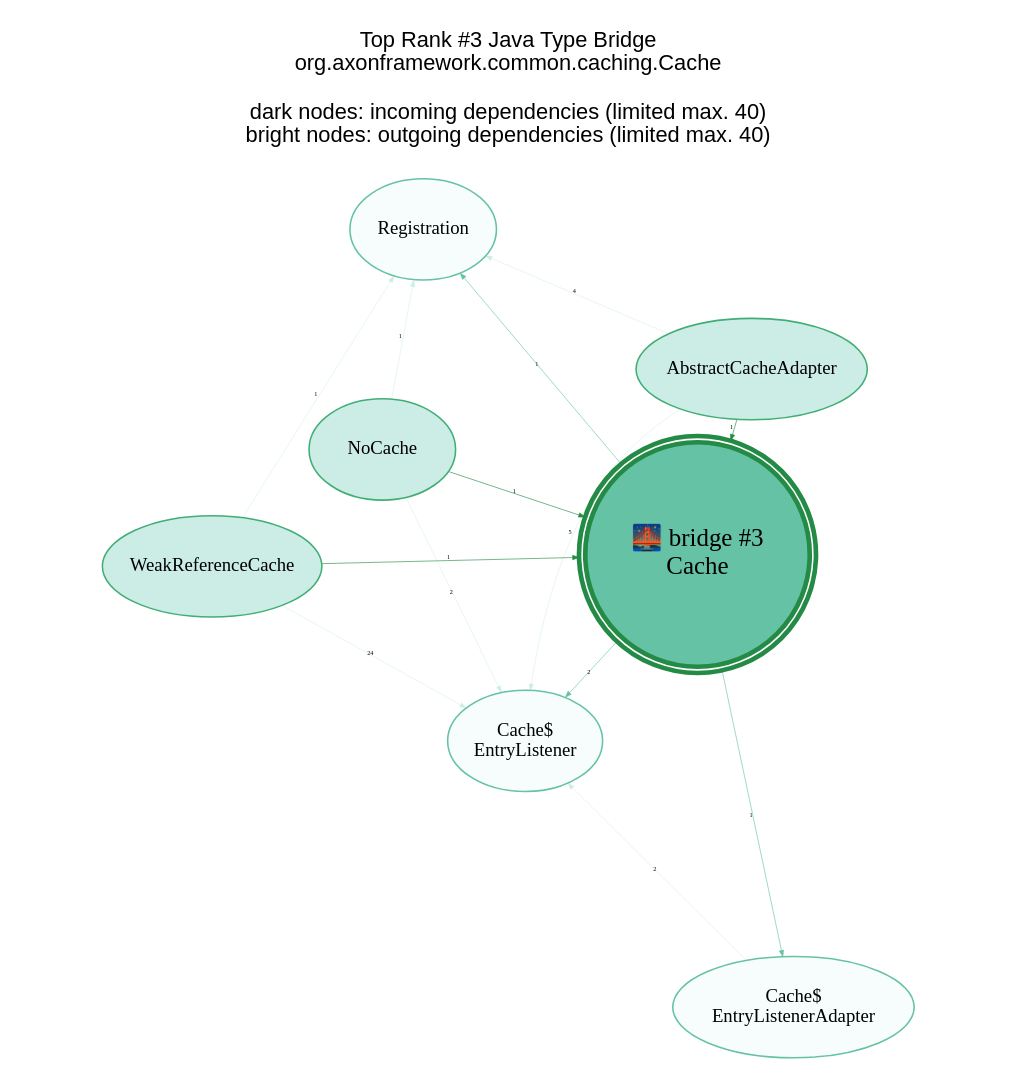
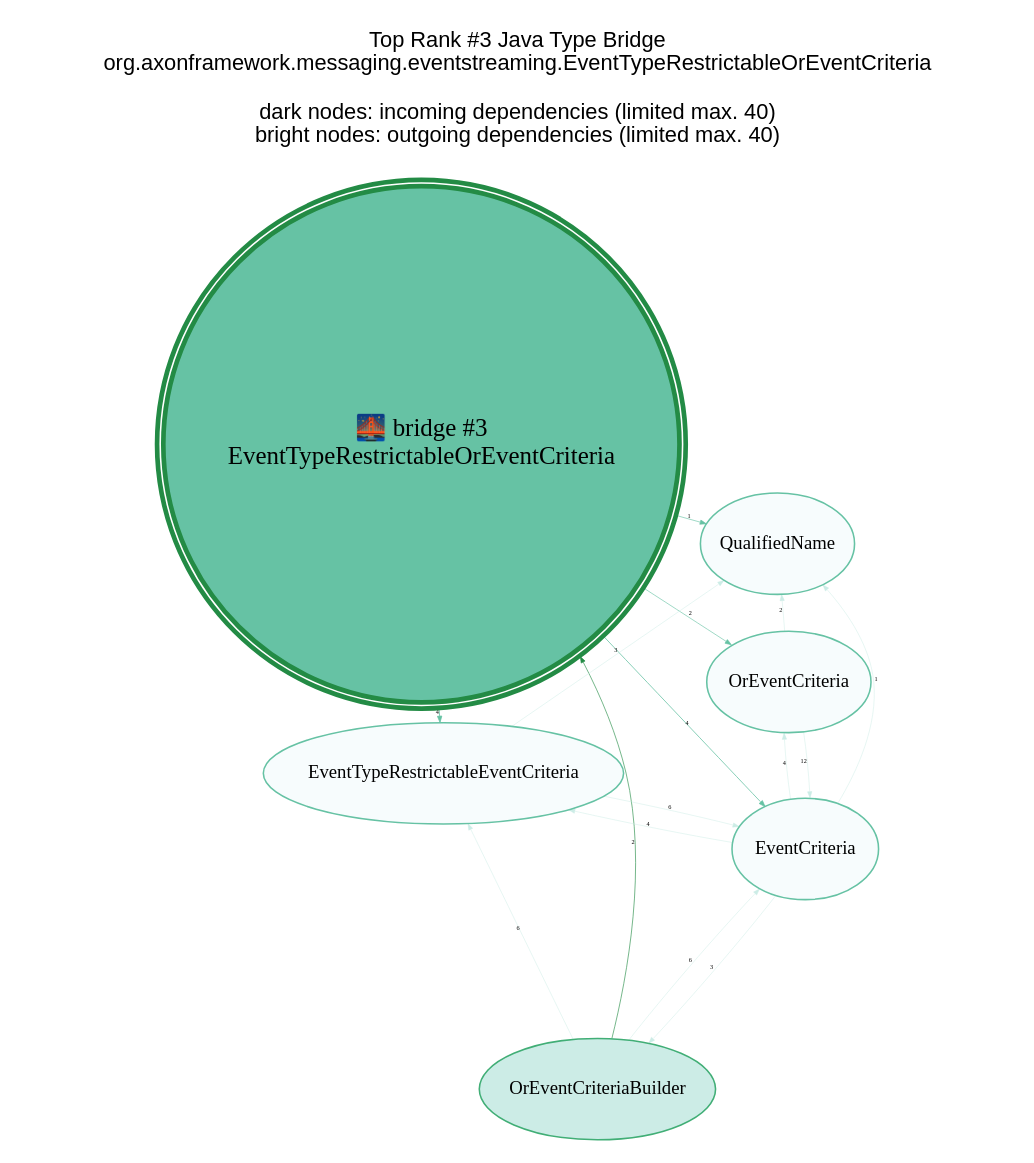
The diagram in analysis-results/AxonFramework/latest/anomaly-detection/Java_Type/GraphVisualizations/graphviz/TopBridge3.gv (JohT/code-graph-analysis-examples), drawn with Graphviz before and after one commit. The commit also changed 517 other files, not shown here.

```diff
--- a/analysis-results/AxonFramework/latest/anomaly-detection/Java_Type/GraphVisualizations/graphviz/TopBridge3.gv
+++ b/analysis-results/AxonFramework/latest/anomaly-detection/Java_Type/GraphVisualizations/graphviz/TopBridge3.gv
@@ -1,30 +1,32 @@
 // This GraphViz dot file was generated by the script convertQueryResultCsvToGraphVizDotFile.sh with TopCentral.template
 
 strict digraph TopBridge3 {
     graph [layout = "fdp"; start = "7"; splines = "spline"; pad = "0.8,0.1"; outputorder = "edgesfirst";];
     graph [fontname = "Helvetica,Arial,sans-serif"; labelloc = "t";];
     node [colorscheme = "bugn9"; color = 6; fillcolor = 3;];
     edge [colorscheme = "bugn9"; color = 7;];
     node [fontsize = 12; style = "filled"; margin = "0.03,0.03"; width="1.3"; height="0.9";];
     edge [fontsize = 4; arrowsize = "0.4";];
 
     central [shape = "doublecircle"; height = "2.0"; margin = "0.000001,0.000001";];
     central [fontsize = 16;];
     central [color = 7; fillcolor = 5; penwidth = 3;];
 
-	graph   [label="Top Rank #3 Java Type Bridge\norg.axonframework.common.caching.Cache\n\ndark nodes: incoming dependencies (limited max. 40)\nbright nodes: outgoing dependencies (limited max. 40)\n\n"];
-	central [label="🌉 bridge #3\nCache"];
-	"AbstractCacheAdapter_34474" [label = "AbstractCacheAdapter"; ]; "AbstractCacheAdapter_34474" -> central [label=1; weight=1; penwidth=0.4];
-	"NoCache_34491" [label = "NoCache"; ]; "NoCache_34491" -> central [label=1; weight=1; penwidth=0.4];
-	"WeakReferenceCache_34489" [label = "WeakReferenceCache"; ]; "WeakReferenceCache_34489" -> central [label=1; weight=1; penwidth=0.4];
-	"Cache$EntryListener_34497" [label = "Cache$\nEntryListener"; color = 5; fillcolor = 1; ]; central -> "Cache$EntryListener_34497" [label=2; weight=2; penwidth=0.4; color = 5];
-	"Cache$EntryListenerAdapter_34484" [label = "Cache$\nEntryListenerAdapter"; color = 5; fillcolor = 1; ]; central -> "Cache$EntryListenerAdapter_34484" [label=1; weight=1; penwidth=0.4; color = 5];
-	"Registration_34496" [label = "Registration"; color = 5; fillcolor = 1; ]; central -> "Registration_34496" [label=1; weight=1; penwidth=0.4; color = 5];
-	"WeakReferenceCache_34489" -> "Cache$EntryListener_34497" [label=24; weight=24; penwidth=0.3; color = 3]
-	"AbstractCacheAdapter_34474" -> "Cache$EntryListener_34497" [label=5; weight=5; penwidth=0.3; color = 3]
-	"AbstractCacheAdapter_34474" -> "Registration_34496" [label=4; weight=4; penwidth=0.3; color = 3]
-	"Cache$EntryListenerAdapter_34484" -> "Cache$EntryListener_34497" [label=2; weight=2; penwidth=0.3; color = 3]
-	"NoCache_34491" -> "Cache$EntryListener_34497" [label=2; weight=2; penwidth=0.3; color = 3]
-	"NoCache_34491" -> "Registration_34496" [label=1; weight=1; penwidth=0.3; color = 3]
-	"WeakReferenceCache_34489" -> "Registration_34496" [label=1; weight=1; penwidth=0.3; color = 3]
+	graph   [label="Top Rank #3 Java Type Bridge\norg.axonframework.messaging.eventstreaming.EventTypeRestrictableOrEventCriteria\n\ndark nodes: incoming dependencies (limited max. 40)\nbright nodes: outgoing dependencies (limited max. 40)\n\n"];
+	central [label="🌉 bridge #3\nEventTypeRestrictableOrEventCriteria"];
+	"OrEventCriteriaBuilder_15739" [label = "OrEventCriteriaBuilder"; ]; "OrEventCriteriaBuilder_15739" -> central [label=2; weight=2; penwidth=0.4];
+	"EventCriteria_11787" [label = "EventCriteria"; color = 5; fillcolor = 1; ]; central -> "EventCriteria_11787" [label=4; weight=4; penwidth=0.5; color = 5];
+	"EventTypeRestrictableEventCriteria_11796" [label = "EventTypeRestrictableEventCriteria"; color = 5; fillcolor = 1; ]; central -> "EventTypeRestrictableEventCriteria_11796" [label=4; weight=4; penwidth=0.5; color = 5];
+	"OrEventCriteria_15675" [label = "OrEventCriteria"; color = 5; fillcolor = 1; ]; central -> "OrEventCriteria_15675" [label=2; weight=2; penwidth=0.4; color = 5];
+	"QualifiedName_8210" [label = "QualifiedName"; color = 5; fillcolor = 1; ]; central -> "QualifiedName_8210" [label=1; weight=1; penwidth=0.4; color = 5];
+	"OrEventCriteria_15675" -> "EventCriteria_11787" [label=12; weight=12; penwidth=0.3; color = 3]
+	"EventTypeRestrictableEventCriteria_11796" -> "EventCriteria_11787" [label=6; weight=6; penwidth=0.3; color = 3]
+	"OrEventCriteriaBuilder_15739" -> "EventTypeRestrictableEventCriteria_11796" [label=6; weight=6; penwidth=0.3; color = 3]
+	"OrEventCriteriaBuilder_15739" -> "EventCriteria_11787" [label=6; weight=6; penwidth=0.3; color = 3]
+	"EventCriteria_11787" -> "EventTypeRestrictableEventCriteria_11796" [label=4; weight=4; penwidth=0.3; color = 3]
+	"EventCriteria_11787" -> "OrEventCriteria_15675" [label=4; weight=4; penwidth=0.3; color = 3]
+	"EventCriteria_11787" -> "OrEventCriteriaBuilder_15739" [label=3; weight=3; penwidth=0.3; color = 3]
+	"EventTypeRestrictableEventCriteria_11796" -> "QualifiedName_8210" [label=3; weight=3; penwidth=0.3; color = 3]
+	"OrEventCriteria_15675" -> "QualifiedName_8210" [label=2; weight=2; penwidth=0.3; color = 3]
+	"EventCriteria_11787" -> "QualifiedName_8210" [label=1; weight=1; penwidth=0.3; color = 3]
 }
```
